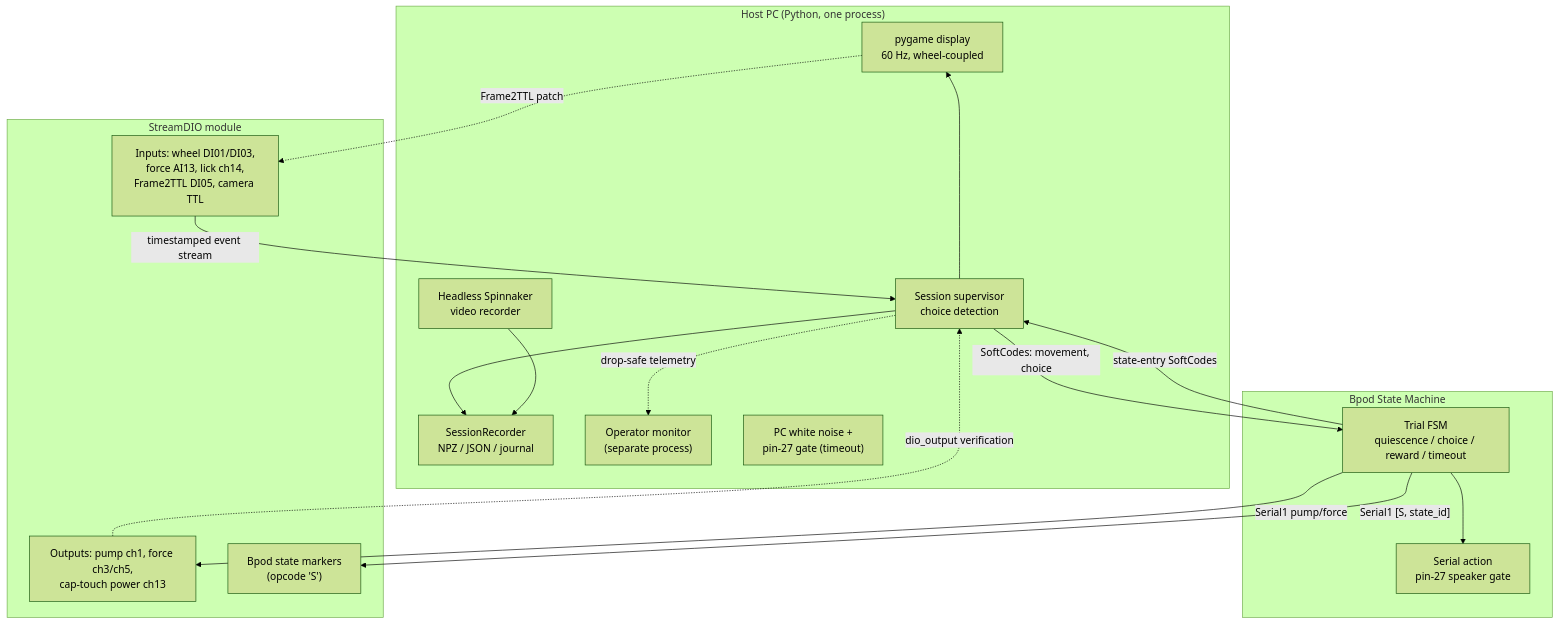
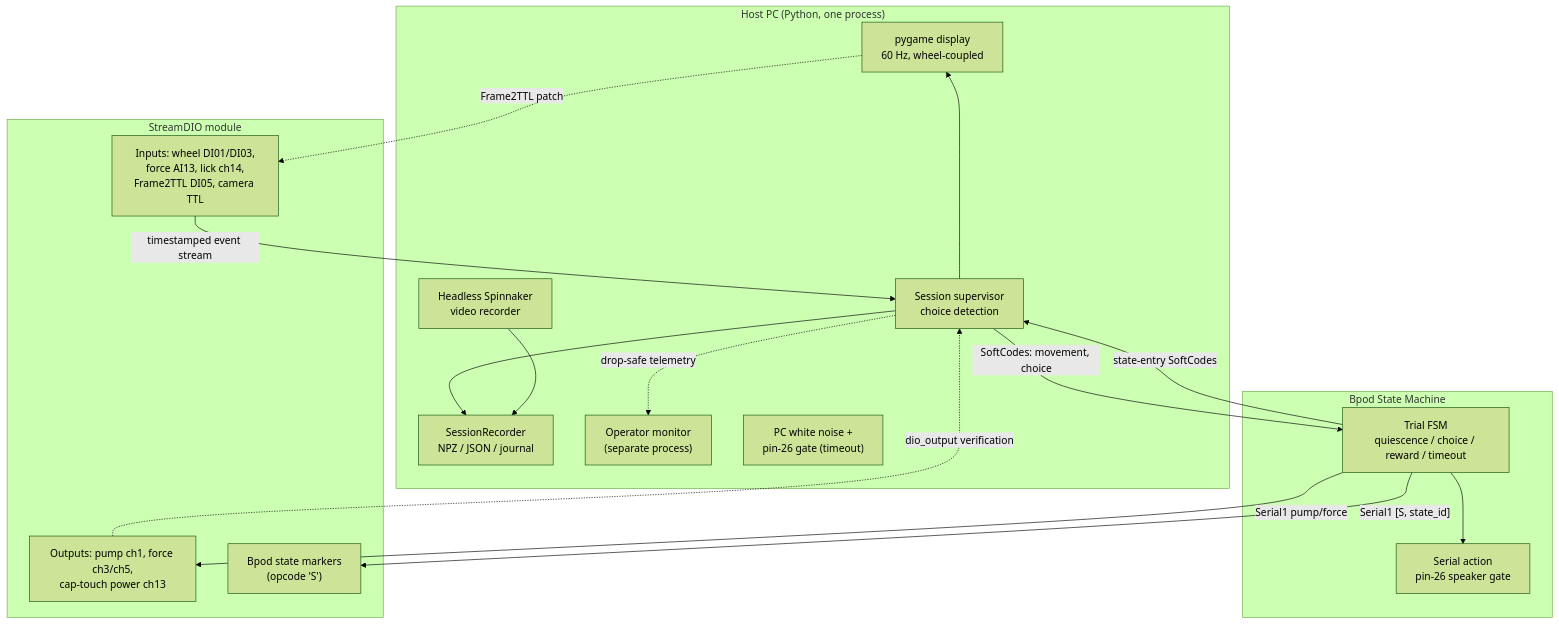
One commit to andrestrocyte/evil_rig changed the first of 2 diagrams in README.md. Above: the diagram before and after it, drawn with Mermaid (forest theme). The commit also changed other lines of this file and 36 other files, not shown here.

````diff
--- a/README.md
+++ b/README.md
@@ -89,35 +89,35 @@
 ```mermaid
 flowchart TB
     subgraph HOST["Host PC (Python, one process)"]
         DISP["pygame display<br/>60 Hz, wheel-coupled"]
         LOOP["Session supervisor<br/>choice detection"]
         REC["SessionRecorder<br/>NPZ / JSON / journal"]
         CAM["Headless Spinnaker<br/>video recorder"]
         MON["Operator monitor<br/>(separate process)"]
-        SND["PC white noise +<br/>pin-27 gate (timeout)"]
+        SND["PC white noise +<br/>pin-26 gate (timeout)"]
     end
 
     subgraph BPOD["Bpod State Machine"]
         FSM["Trial FSM<br/>quiescence / choice / reward / timeout"]
-        GATE["Serial action<br/>pin-27 speaker gate"]
+        GATE["Serial action<br/>pin-26 speaker gate"]
     end
 
     subgraph SDIO["StreamDIO module"]
         IN["Inputs: wheel DI01/DI03,<br/>force AI13, lick ch14,<br/>Frame2TTL DI05, camera TTL"]
         OUT["Outputs: pump ch1, force ch3/ch5,<br/>cap-touch power ch13"]
         MARK["Bpod state markers<br/>(opcode 'S')"]
     end
 
     LOOP -->|"SoftCodes: movement, choice"| FSM
     FSM -->|"state-entry SoftCodes"| LOOP
     FSM --> GATE
     FSM -->|"Serial1 pump/force"| OUT
     IN -->|"timestamped event stream"| LOOP
     OUT -.->|"dio_output verification"| LOOP
     FSM -->|"Serial1 [S, state_id]"| MARK
     LOOP --> REC
     LOOP --> DISP
     CAM --> REC
     LOOP -. "drop-safe telemetry" .-> MON
     DISP -. "Frame2TTL patch" .-> IN
 ```
````
